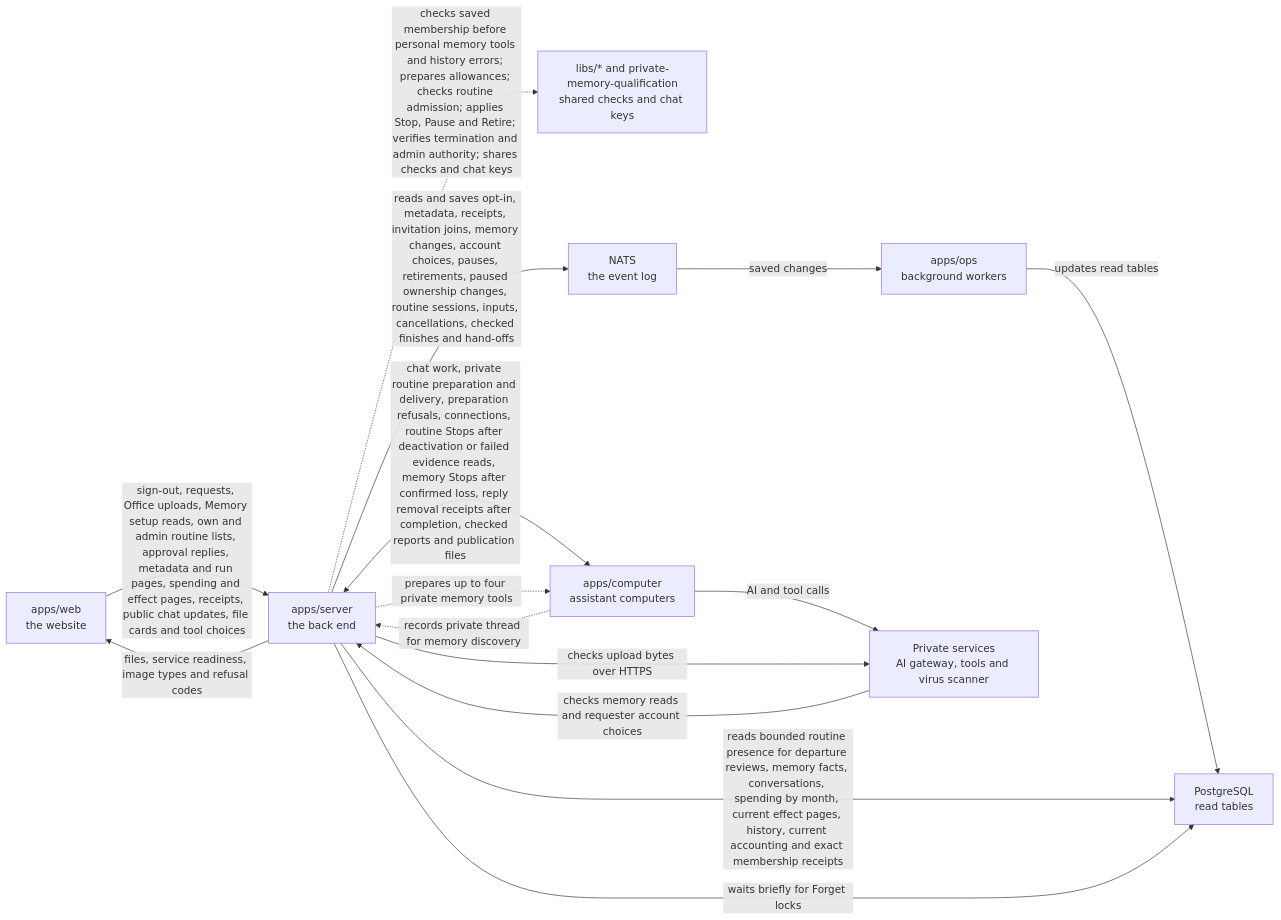
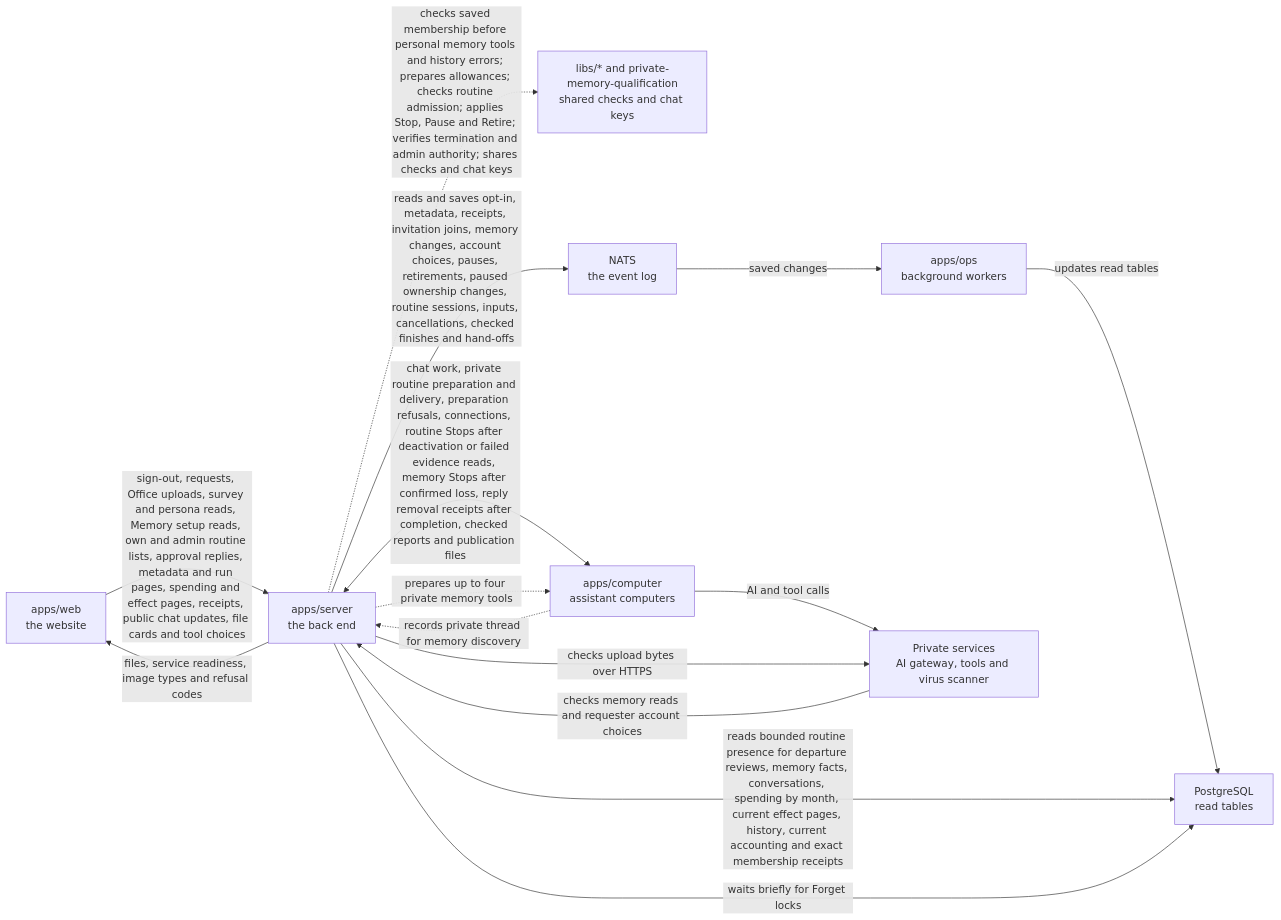
The diagram in apps/server/README.md (elewa-git/opencrane-new), drawn with Mermaid before and after one commit. The commit also changed other lines of this file and 16 other files, not shown here.

````diff
--- a/apps/server/README.md
+++ b/apps/server/README.md
@@ -183,17 +183,17 @@
 ```mermaid
 flowchart LR
-  web["apps/web<br/>the website"] -->|sign-out, requests, Office uploads, Memory setup reads, own and admin routine lists, approval replies, metadata and run pages, spending and effect pages, receipts, public chat updates, file cards and tool choices| server["apps/server<br/>the back end"]
+  web["apps/web<br/>the website"] -->|sign-out, requests, Office uploads, survey and persona reads, Memory setup reads, own and admin routine lists, approval replies, metadata and run pages, spending and effect pages, receipts, public chat updates, file cards and tool choices| server["apps/server<br/>the back end"]
   server -.->|checks saved membership before personal memory tools and history errors; prepares allowances; checks routine admission; applies Stop, Pause and Retire; verifies termination and admin authority; shares checks and chat keys| libs["libs/* and private-memory-qualification<br/>shared checks and chat keys"]
   server -->|reads and saves opt-in, metadata, receipts, invitation joins, memory changes, account choices, pauses, retirements, paused ownership changes, routine sessions, inputs, cancellations, checked finishes and hand-offs| nats["NATS<br/>the event log"]
   nats -->|saved changes| ops["apps/ops<br/>background workers"]
   ops -->|updates read tables| postgres["PostgreSQL<br/>read tables"]
   server -->|reads bounded routine presence for departure reviews, memory facts, conversations, spending by month, current effect pages, history, current accounting and exact membership receipts| postgres
   server -->|waits briefly for Forget locks| postgres
   server <-->|chat work, private routine preparation and delivery, preparation refusals, connections, routine Stops after deactivation or failed evidence reads, memory Stops after confirmed loss, reply removal receipts after completion, checked reports and publication files| computer["apps/computer<br/>assistant computers"]
   computer -.->|records private thread for memory discovery| server
   server -.->|prepares up to four private memory tools| computer
   computer -->|AI and tool calls| runtime["Private services<br/>AI gateway, tools and virus scanner"]
   server -->|files, service readiness, image types and refusal codes| web
   server -->|checks upload bytes over HTTPS| runtime
   runtime -->|checks memory reads and requester account choices| server
 ```
````
